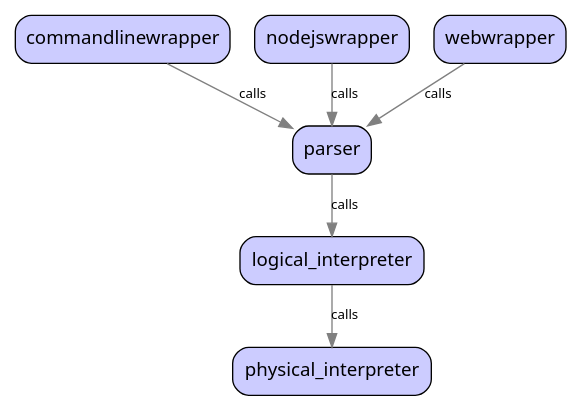
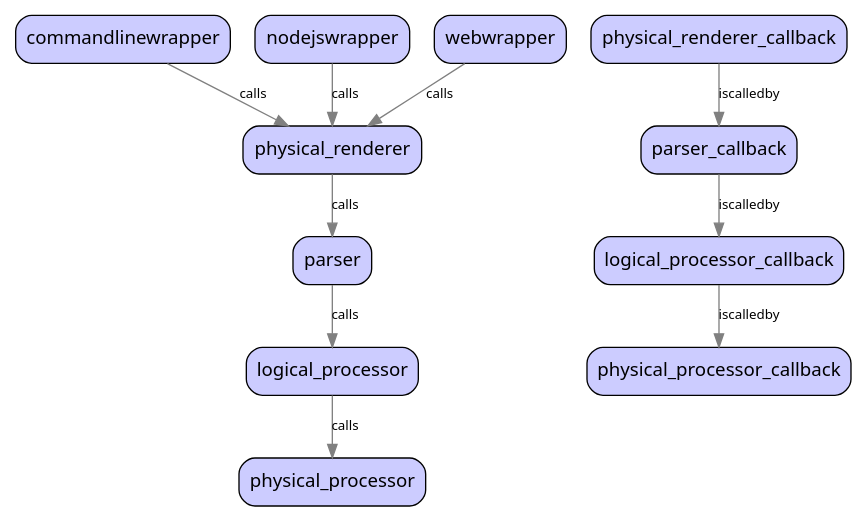
Before and after one commit to vinodkd/wordpic: the diagram in docs/arch/wordpic.dot, drawn with Graphviz. The commit also changed 3 other files, not shown here.

Commit message:
moved callbacks up to the top level and depicted their call sequence

```diff
--- a/docs/arch/wordpic.dot
+++ b/docs/arch/wordpic.dot
@@ -1,17 +1,25 @@
 digraph G{
         node[shape=box style="rounded,filled" fontname=Sans fillcolor="#ccccff"]  //i'm terrible partial to to perrywinkle blue ;)
         //compound=true
         //rankdir=LR
         //outputMode=nodesfirst
         
-    commandlinewrapper -> parser [label="calls",color=gray, fontname=Sans fontsize="10"]
+    commandlinewrapper -> physical_renderer [label="calls",color=gray, fontname=Sans fontsize="10"]
       
-    nodejswrapper -> parser [label="calls",color=gray, fontname=Sans fontsize="10"]
+    nodejswrapper -> physical_renderer [label="calls",color=gray, fontname=Sans fontsize="10"]
       
-    webwrapper -> parser [label="calls",color=gray, fontname=Sans fontsize="10"]
+    webwrapper -> physical_renderer [label="calls",color=gray, fontname=Sans fontsize="10"]
       
-    parser -> logical_interpreter [label="calls",color=gray, fontname=Sans fontsize="10"]
+    physical_renderer -> parser [label="calls",color=gray, fontname=Sans fontsize="10"]
       
-    logical_interpreter -> physical_interpreter [label="calls",color=gray, fontname=Sans fontsize="10"]
+    parser -> logical_processor [label="calls",color=gray, fontname=Sans fontsize="10"]
+      
+    logical_processor -> physical_processor [label="calls",color=gray, fontname=Sans fontsize="10"]
+      
+    physical_renderer_callback -> parser_callback [label="iscalledby",color=gray, fontname=Sans fontsize="10"]
+      
+    parser_callback -> logical_processor_callback [label="iscalledby",color=gray, fontname=Sans fontsize="10"]
+      
+    logical_processor_callback -> physical_processor_callback [label="iscalledby",color=gray, fontname=Sans fontsize="10"]
       
 }
```
